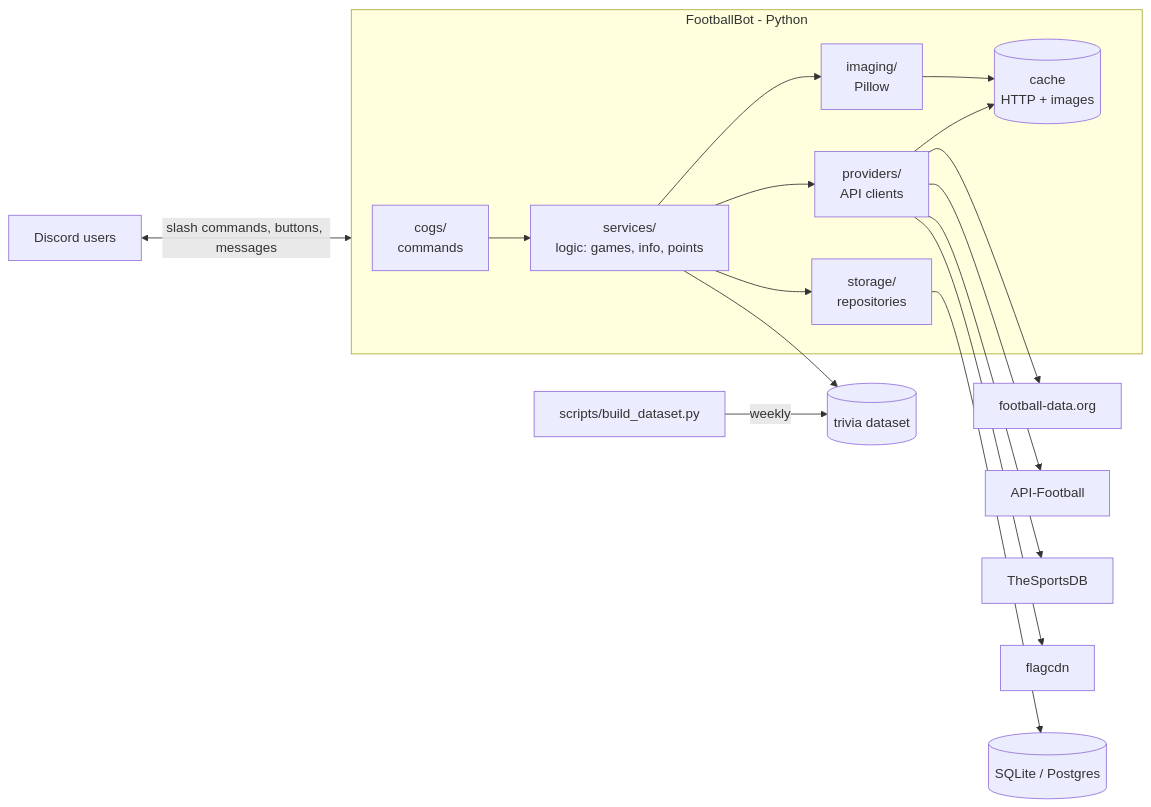
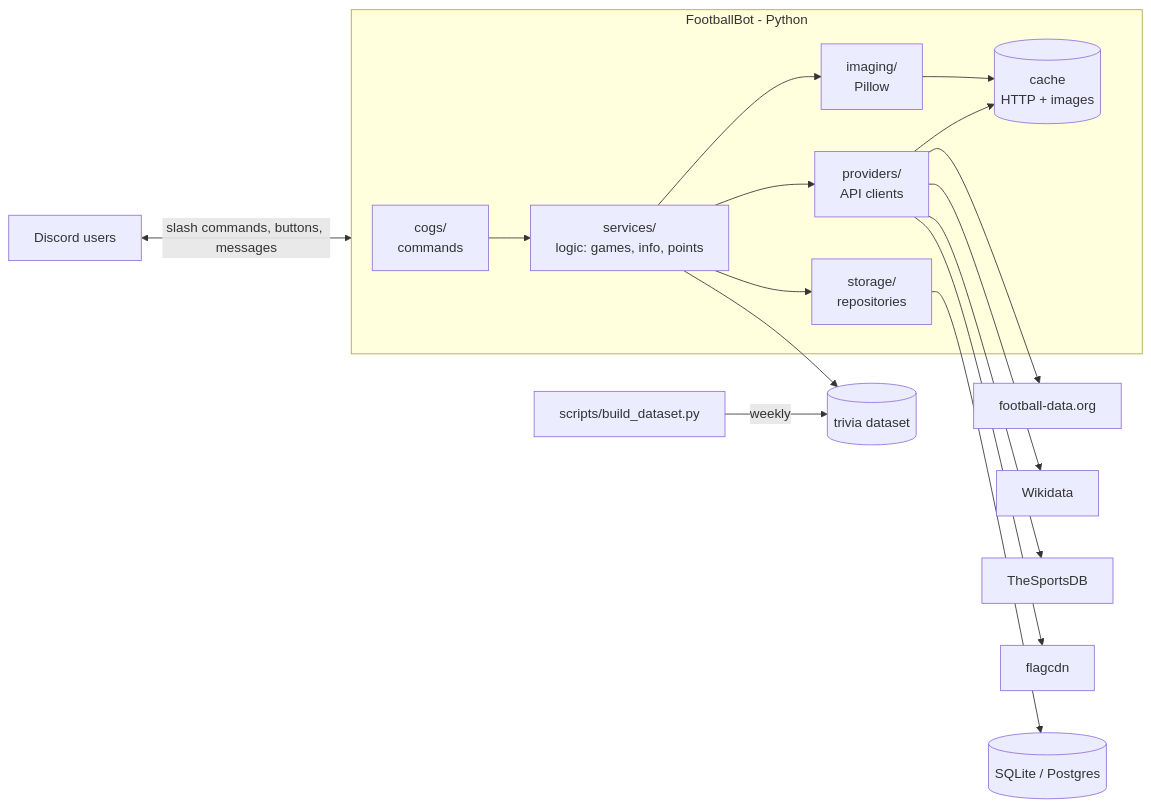
One commit to Juan-Miguel-alvarado/FootballBot changed the diagram in ARCHITECTURE.md. Above: the diagram before and after it, drawn with Mermaid. The commit also changed other lines of this file and 4 other files, not shown here.

Commit message:
docs: drop API-Football, use TheSportsDB and Wikidata for player data

````diff
--- a/ARCHITECTURE.md
+++ b/ARCHITECTURE.md
@@ -5,22 +5,22 @@
 ```mermaid
 flowchart LR
     U[Discord users] <-->|slash commands, buttons, messages| B
 
     subgraph B[FootballBot - Python]
         C[cogs/<br/>commands] --> S[services/<br/>logic: games, info, points]
         S --> P[providers/<br/>API clients]
         S --> I[imaging/<br/>Pillow]
         S --> R[storage/<br/>repositories]
         P --> K[(cache<br/>HTTP + images)]
         I --> K
     end
 
     P --> FD[football-data.org]
-    P --> AF[API-Football]
+    P --> WD[Wikidata]
     P --> TS[TheSportsDB]
     P --> FL[flagcdn]
     R --> DB[(SQLite / Postgres)]
 
     J[scripts/build_dataset.py] -->|weekly| DS[(trivia dataset)]
     S --> DS
 ```
````
